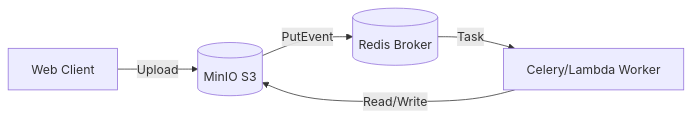
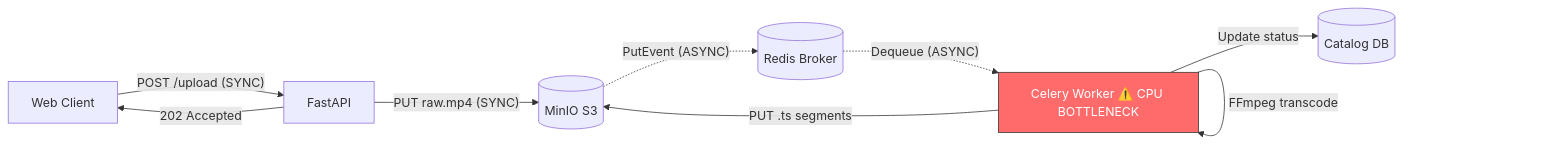
Before and after one commit to Dannavv/VideoScale-Engineering-From-Monolith-to-Cloud-Native-Streaming: the diagram in projects/05-cloud-native-emulator/README.md, drawn with Mermaid. The commit also changed other lines of this file and 3 other files, not shown here.

````diff
--- a/projects/05-cloud-native-emulator/README.md
+++ b/projects/05-cloud-native-emulator/README.md
@@ -12,7 +12,13 @@
 ```mermaid
 graph LR
-    User[Web Client] -->|Upload| S3[(MinIO S3)]
-    S3 -->|PutEvent| Redis[(Redis Broker)]
-    Redis -->|Task| Worker[Celery/Lambda Worker]
-    Worker -->|Read/Write| S3
+    User[Web Client] -->|"POST /upload (SYNC)"| API[FastAPI]
+    API -->|"PUT raw.mp4 (SYNC)"| S3[(MinIO S3)]
+    API -->|"202 Accepted"| User
+    S3 -.->|"PutEvent (ASYNC)"| Redis[(Redis Broker)]
+    Redis -.->|"Dequeue (ASYNC)"| Worker["Celery Worker ⚠️ CPU BOTTLENECK"]
+    Worker -->|"FFmpeg transcode"| Worker
+    Worker -->|"PUT .ts segments"| S3
+    Worker -->|"Update status"| DB[(Catalog DB)]
+    
+    style Worker fill:#ff6b6b,stroke:#333,color:#fff
 ```
````
